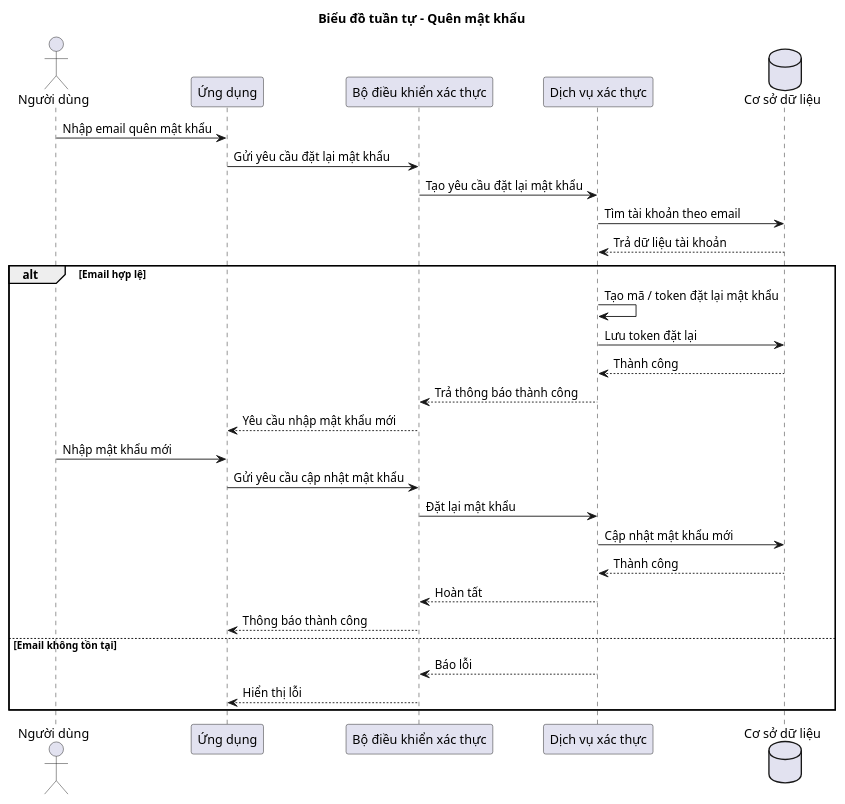
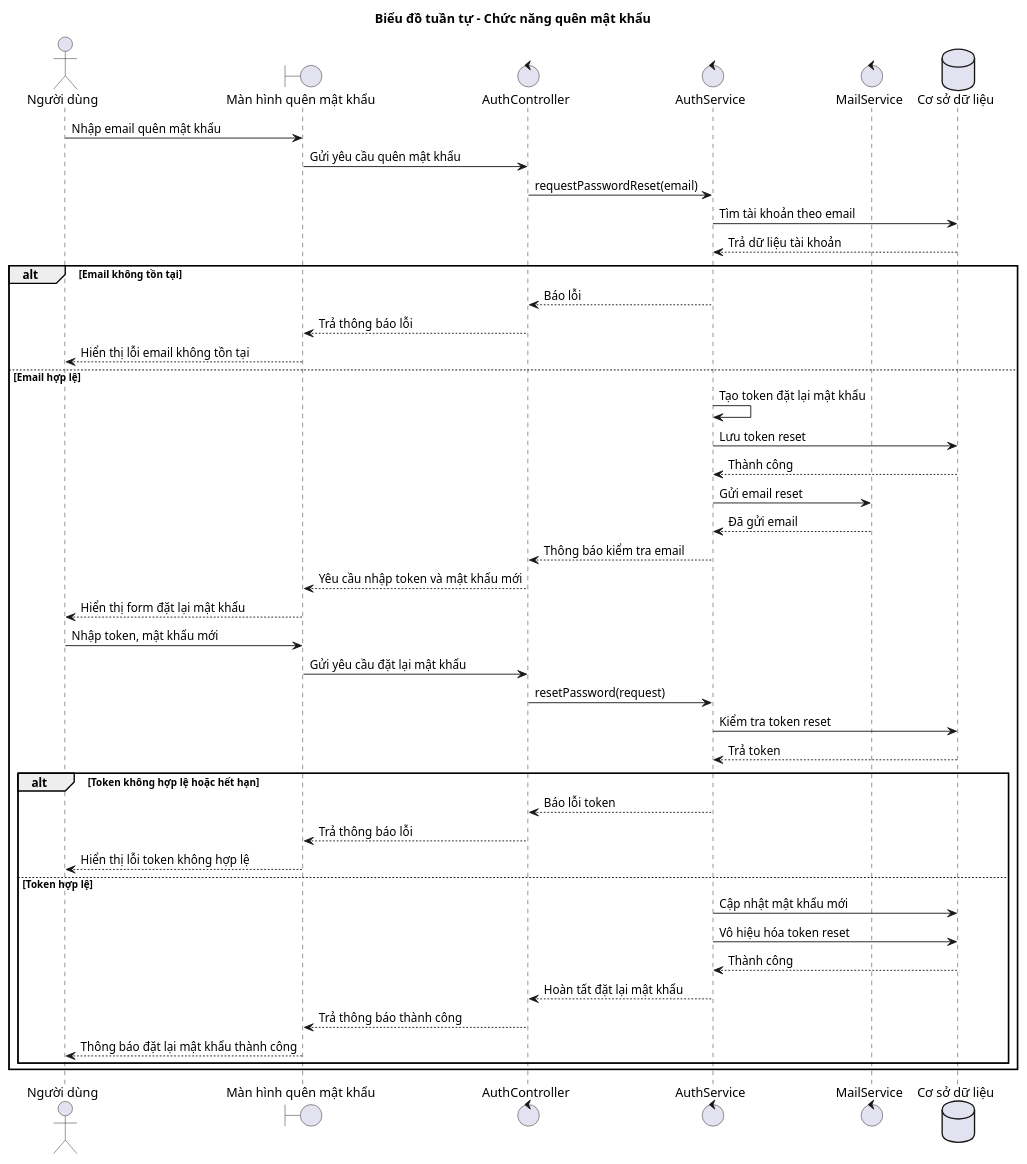
The diagram in docs/diagrams/Bieudotuantu/forgot_password_sequence.puml (phuongtech24/do_an), drawn with PlantUML before and after one commit. The commit also changed 18 other files, not shown here.

```diff
--- a/docs/diagrams/Bieudotuantu/forgot_password_sequence.puml
+++ b/docs/diagrams/Bieudotuantu/forgot_password_sequence.puml
@@ -1,35 +1,51 @@
 @startuml
-title Biểu đồ tuần tự - Quên mật khẩu
+title Biểu đồ tuần tự - Chức năng quên mật khẩu
 
 actor "Người dùng" as User
-participant "Ứng dụng" as App
-participant "Bộ điều khiển xác thực" as AuthController
-participant "Dịch vụ xác thực" as AuthService
+boundary "Màn hình quên mật khẩu" as ForgotPasswordView
+control "AuthController" as AuthController
+control "AuthService" as AuthService
+control "MailService" as MailService
 database "Cơ sở dữ liệu" as DB
 
-User -> App : Nhập email quên mật khẩu
-App -> AuthController : Gửi yêu cầu đặt lại mật khẩu
-AuthController -> AuthService : Tạo yêu cầu đặt lại mật khẩu
+User -> ForgotPasswordView : Nhập email quên mật khẩu
+ForgotPasswordView -> AuthController : Gửi yêu cầu quên mật khẩu
+AuthController -> AuthService : requestPasswordReset(email)
 AuthService -> DB : Tìm tài khoản theo email
 DB --> AuthService : Trả dữ liệu tài khoản
 
-alt Email hợp lệ
-  AuthService -> AuthService : Tạo mã / token đặt lại mật khẩu
-  AuthService -> DB : Lưu token đặt lại
+alt Email không tồn tại
+  AuthService --> AuthController : Báo lỗi
+  AuthController --> ForgotPasswordView : Trả thông báo lỗi
+  ForgotPasswordView --> User : Hiển thị lỗi email không tồn tại
+else Email hợp lệ
+  AuthService -> AuthService : Tạo token đặt lại mật khẩu
+  AuthService -> DB : Lưu token reset
   DB --> AuthService : Thành công
-  AuthService --> AuthController : Trả thông báo thành công
-  AuthController --> App : Yêu cầu nhập mật khẩu mới
+  AuthService -> MailService : Gửi email reset
+  MailService --> AuthService : Đã gửi email
+  AuthService --> AuthController : Thông báo kiểm tra email
+  AuthController --> ForgotPasswordView : Yêu cầu nhập token và mật khẩu mới
+  ForgotPasswordView --> User : Hiển thị form đặt lại mật khẩu
 
-  User -> App : Nhập mật khẩu mới
-  App -> AuthController : Gửi yêu cầu cập nhật mật khẩu
-  AuthController -> AuthService : Đặt lại mật khẩu
-  AuthService -> DB : Cập nhật mật khẩu mới
-  DB --> AuthService : Thành công
-  AuthService --> AuthController : Hoàn tất
-  AuthController --> App : Thông báo thành công
-else Email không tồn tại
-  AuthService --> AuthController : Báo lỗi
-  AuthController --> App : Hiển thị lỗi
+  User -> ForgotPasswordView : Nhập token, mật khẩu mới
+  ForgotPasswordView -> AuthController : Gửi yêu cầu đặt lại mật khẩu
+  AuthController -> AuthService : resetPassword(request)
+  AuthService -> DB : Kiểm tra token reset
+  DB --> AuthService : Trả token
+
+  alt Token không hợp lệ hoặc hết hạn
+    AuthService --> AuthController : Báo lỗi token
+    AuthController --> ForgotPasswordView : Trả thông báo lỗi
+    ForgotPasswordView --> User : Hiển thị lỗi token không hợp lệ
+  else Token hợp lệ
+    AuthService -> DB : Cập nhật mật khẩu mới
+    AuthService -> DB : Vô hiệu hóa token reset
+    DB --> AuthService : Thành công
+    AuthService --> AuthController : Hoàn tất đặt lại mật khẩu
+    AuthController --> ForgotPasswordView : Trả thông báo thành công
+    ForgotPasswordView --> User : Thông báo đặt lại mật khẩu thành công
+  end
 end
 
 @enduml
```
